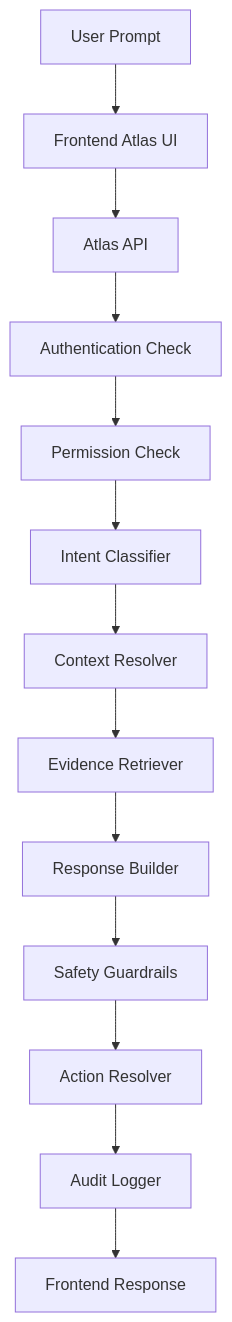
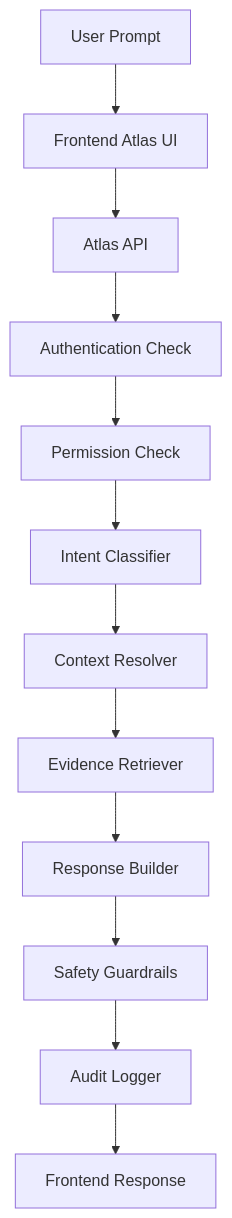
Before and after one commit to hourwise/HourWiseEU_Fleet_Portal: the diagram in docs/source-of-truth/19 — Atlas Specification.md, drawn with Mermaid. The commit also changed other lines of this file and 26 other files, not shown here.

````diff
--- a/docs/source-of-truth/19 — Atlas Specification.md
+++ b/docs/source-of-truth/19 — Atlas Specification.md
@@ -397,15 +397,14 @@
 ```mermaid
 flowchart TD
     A[User Prompt] --> B[Frontend Atlas UI]
     B --> C[Atlas API]
     C --> D[Authentication Check]
     D --> E[Permission Check]
     E --> F[Intent Classifier]
     F --> G[Context Resolver]
     G --> H[Evidence Retriever]
     H --> I[Response Builder]
     I --> J[Safety Guardrails]
-    J --> K[Action Resolver]
-    K --> L[Audit Logger]
-    L --> M[Frontend Response]
+    J --> K[Audit Logger]
+    K --> L[Frontend Response]
 ```
````
